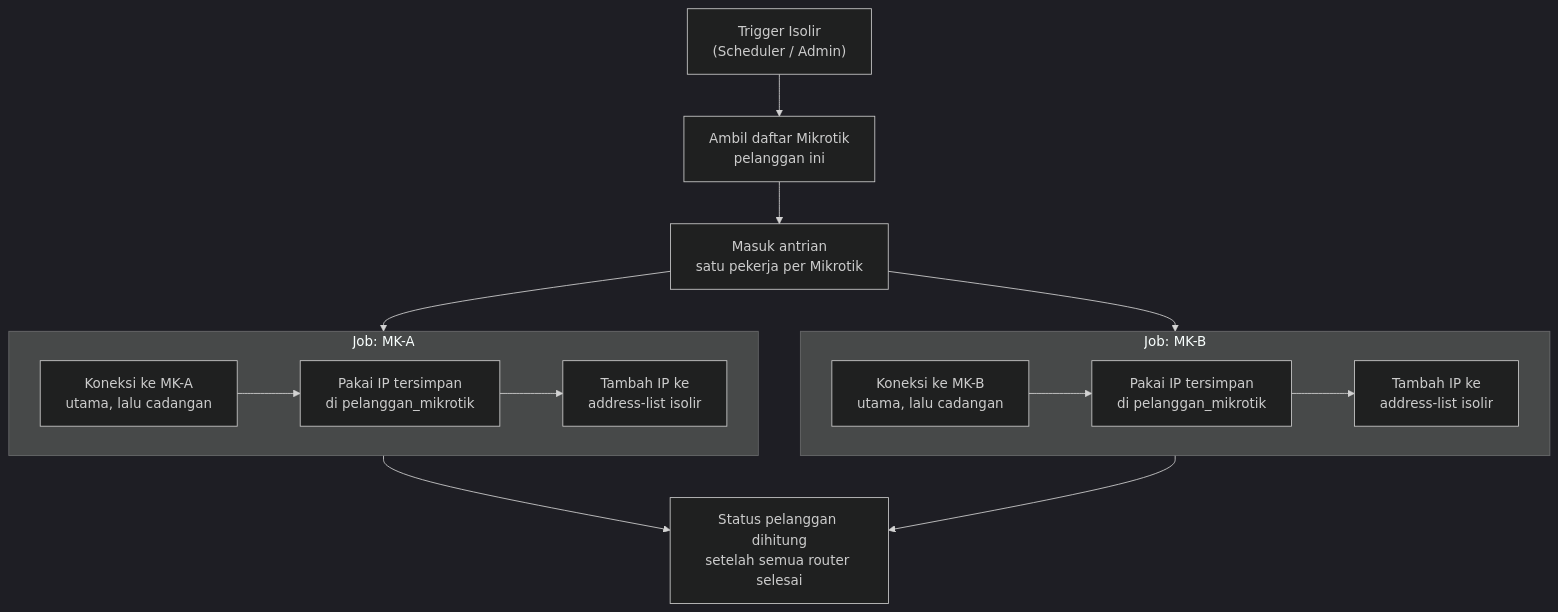
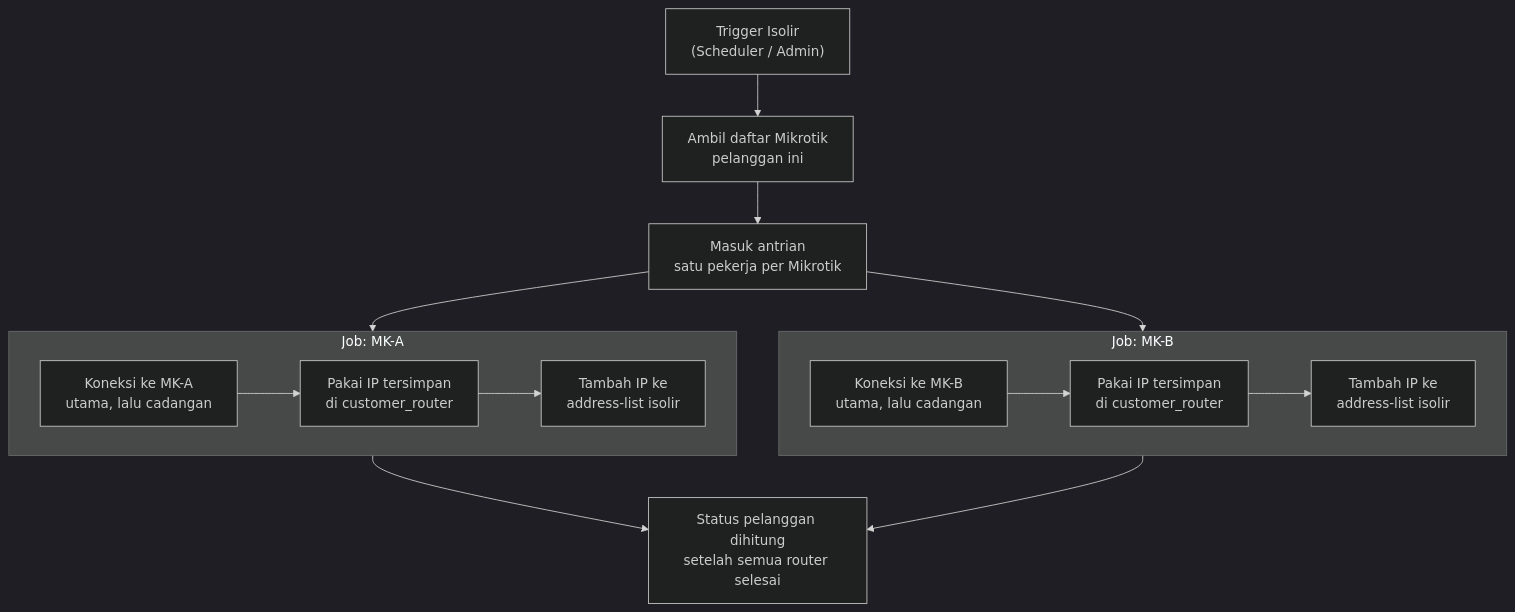
The second of 16 diagrams in docs/cara-kerja.md (revroger007/billing-isp-v2), drawn with Mermaid (dark theme) before and after one commit. The commit also changed other lines of this file and 2 other files, not shown here.

````diff
--- a/docs/cara-kerja.md
+++ b/docs/cara-kerja.md
@@ -258,26 +258,26 @@
 ```mermaid
 flowchart TD
     A["Trigger Isolir\n(Scheduler / Admin)"]
     B["Ambil daftar Mikrotik\npelanggan ini"]
     C["Masuk antrian\nsatu pekerja per Mikrotik"]
 
     subgraph JOB1["Job: MK-A"]
         D1["Koneksi ke MK-A\nutama, lalu cadangan"]
-        G1["Pakai IP tersimpan\ndi pelanggan_mikrotik"]
+        G1["Pakai IP tersimpan\ndi customer_router"]
         H1["Tambah IP ke\naddress-list isolir"]
     end
 
     subgraph JOB2["Job: MK-B"]
         D2["Koneksi ke MK-B\nutama, lalu cadangan"]
-        G2["Pakai IP tersimpan\ndi pelanggan_mikrotik"]
+        G2["Pakai IP tersimpan\ndi customer_router"]
         H2["Tambah IP ke\naddress-list isolir"]
     end
 
     LOG["Status pelanggan dihitung\nsetelah semua router selesai"]
 
     A --> B --> C
     C --> JOB1 & JOB2
     D1 --> G1 --> H1
     D2 --> G2 --> H2
     JOB1 & JOB2 --> LOG
 ```
````
